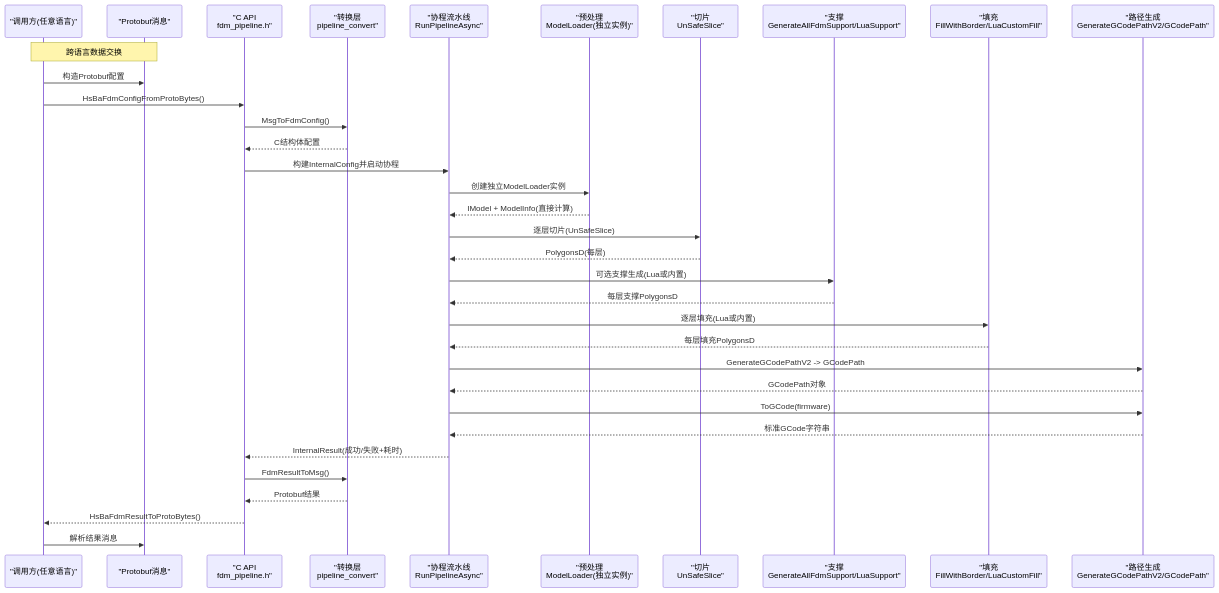
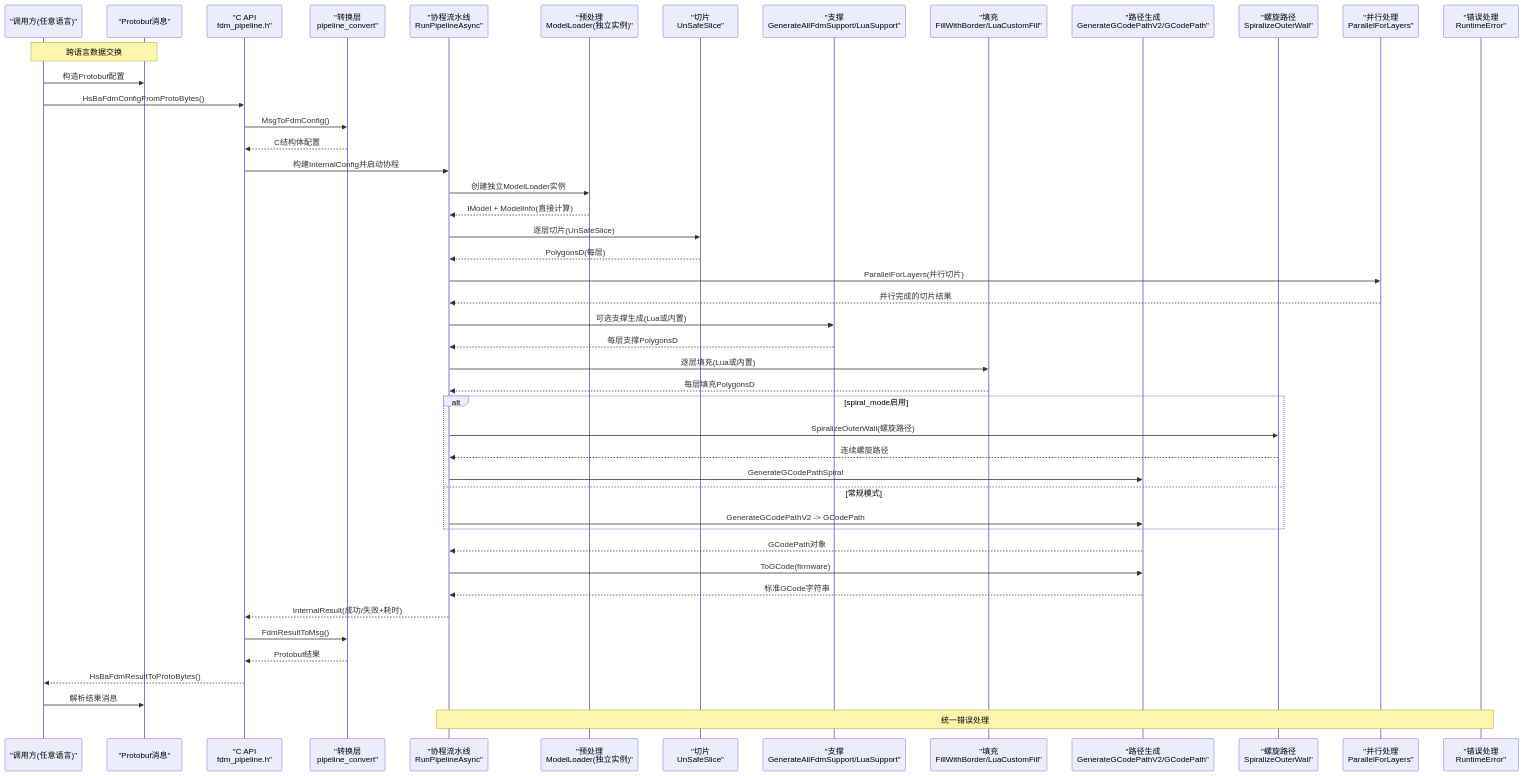
The second of 15 diagrams in .qoder/repowiki/zh/content/核心模块详解/FDM打印流水线.md (hsmbanlance/HsBaSlicer), drawn with Mermaid before and after one commit. The commit also changed other lines of this file and 20 other files, not shown here.

````diff
--- a/.qoder/repowiki/zh/content/核心模块详解/FDM打印流水线.md
+++ b/.qoder/repowiki/zh/content/核心模块详解/FDM打印流水线.md
@@ -133,36 +151,48 @@
 ```mermaid
 sequenceDiagram
 participant App as "调用方(任意语言)"
 participant Proto as "Protobuf消息"
 participant CAPI as "C API<br/>fdm_pipeline.h"
 participant Convert as "转换层<br/>pipeline_convert"
 participant Pipe as "协程流水线<br/>RunPipelineAsync"
 participant Pre as "预处理<br/>ModelLoader(独立实例)"
 participant Slice as "切片<br/>UnSafeSlice"
 participant Sup as "支撑<br/>GenerateAllFdmSupport/LuaSupport"
 participant Fill as "填充<br/>FillWithBorder/LuaCustomFill"
 participant Path as "路径生成<br/>GenerateGCodePathV2/GCodePath"
+participant Spiral as "螺旋路径<br/>SpiralizeOuterWall"
+participant Parallel as "并行处理<br/>ParallelForLayers"
+participant Error as "错误处理<br/>RuntimeError"
 Note over App,Proto : 跨语言数据交换
 App->>Proto : 构造Protobuf配置
 App->>CAPI : HsBaFdmConfigFromProtoBytes()
 CAPI->>Convert : MsgToFdmConfig()
 Convert-->>CAPI : C结构体配置
 CAPI->>Pipe : 构建InternalConfig并启动协程
 Pipe->>Pre : 创建独立ModelLoader实例
 Pre-->>Pipe : IModel + ModelInfo(直接计算)
 Pipe->>Slice : 逐层切片(UnSafeSlice)
 Slice-->>Pipe : PolygonsD(每层)
+Pipe->>Parallel : ParallelForLayers(并行切片)
+Parallel-->>Pipe : 并行完成的切片结果
 Pipe->>Sup : 可选支撑生成(Lua或内置)
 Sup-->>Pipe : 每层支撑PolygonsD
 Pipe->>Fill : 逐层填充(Lua或内置)
 Fill-->>Pipe : 每层填充PolygonsD
+alt spiral_mode启用
+Pipe->>Spiral : SpiralizeOuterWall(螺旋路径)
+Spiral-->>Pipe : 连续螺旋路径
+Pipe->>Path : GenerateGCodePathSpiral
+else 常规模式
 Pipe->>Path : GenerateGCodePathV2 -> GCodePath
+end
 Path-->>Pipe : GCodePath对象
 Pipe->>Path : ToGCode(firmware)
 Path-->>Pipe : 标准GCode字符串
 Pipe-->>CAPI : InternalResult(成功/失败+耗时)
 CAPI->>Convert : FdmResultToMsg()
 Convert-->>CAPI : Protobuf结果
 CAPI-->>App : HsBaFdmResultToProtoBytes()
 App->>Proto : 解析结果消息
+Note over Pipe,Error : 统一错误处理
 ```
````
